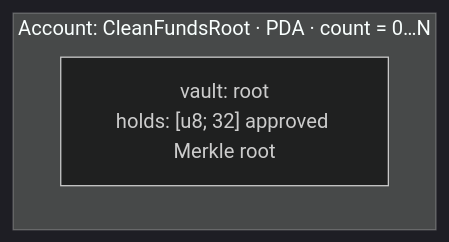
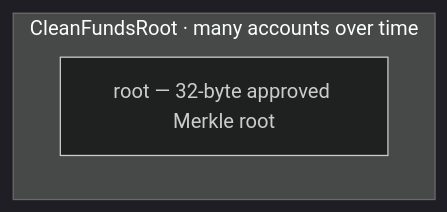
One commit to pprogrammingg/zk-spot-shield changed the sixth of 8 diagrams in docs/accounts-deep-dive.md. Above: the diagram before and after it, drawn with Mermaid (dark theme). The commit also changed other lines of this file and 4 other files, not shown here.

Commit message:
docs: numbered flow + account Q&A - YES

````diff
--- a/docs/accounts-deep-dive.md
+++ b/docs/accounts-deep-dive.md
@@ -141,6 +179,6 @@
 ```mermaid
 flowchart TB
-  subgraph CFR["Account: CleanFundsRoot · PDA · count = 0…N"]
-    R["vault: root<br/>holds: [u8; 32] approved Merkle root"]
+  subgraph CFR["CleanFundsRoot · many accounts over time"]
+    R["root — 32-byte approved Merkle root"]
   end
 ```
````
